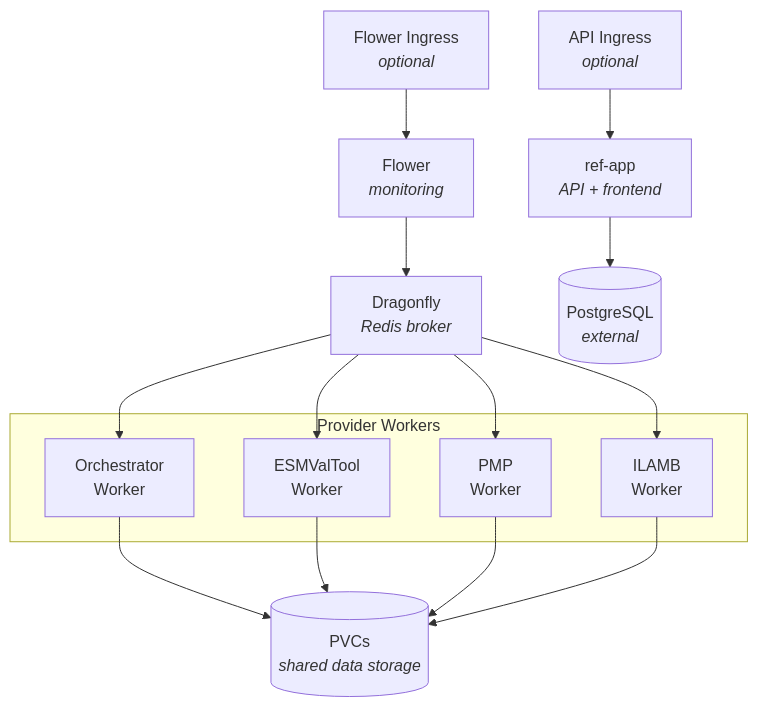
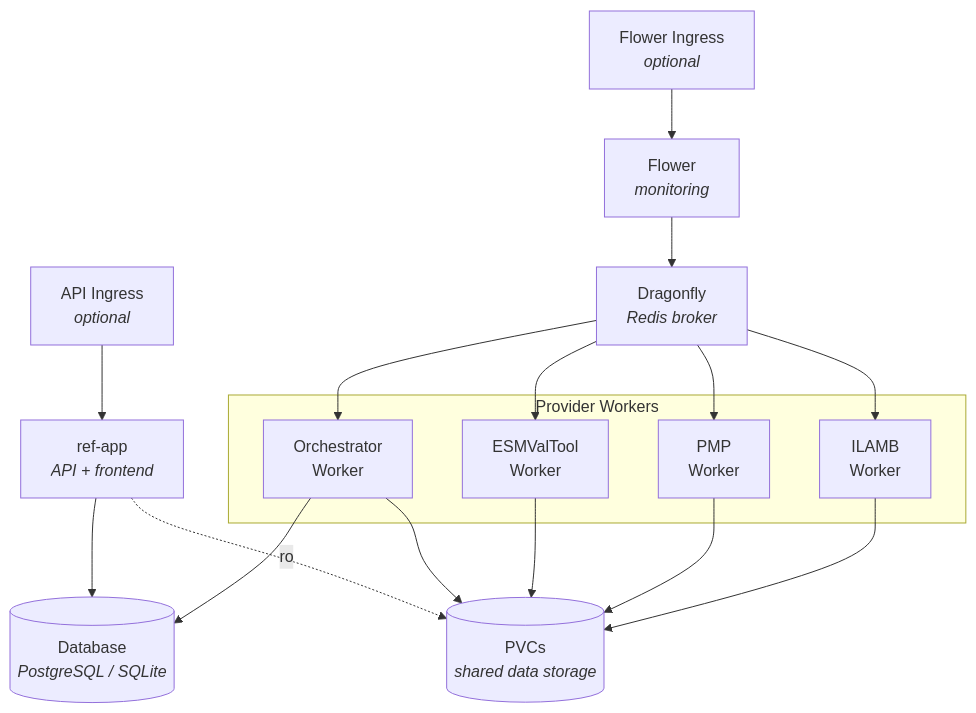
The diagram in helm/README.md (Climate-REF/climate-ref-aft), drawn with Mermaid before and after one commit. The commit also changed other lines of this file and 12 other files, not shown here.

````diff
--- a/helm/README.md
+++ b/helm/README.md
@@ -64,31 +64,33 @@
 ```mermaid
 flowchart TB
     apiIngress[API Ingress<br/><i>optional</i>]
     flowerIngress[Flower Ingress<br/><i>optional</i>]
     api[ref-app<br/><i>API + frontend</i>]
     flower[Flower<br/><i>monitoring</i>]
     dragonfly[Dragonfly<br/><i>Redis broker</i>]
-    db[(PostgreSQL<br/><i>external</i>)]
+    db[(Database<br/><i>PostgreSQL / SQLite</i>)]
 
     subgraph workers[Provider Workers]
         orchestrator[Orchestrator<br/>Worker]
         esmvaltool[ESMValTool<br/>Worker]
         pmp[PMP<br/>Worker]
         ilamb[ILAMB<br/>Worker]
     end
 
     pvcs[(PVCs<br/><i>shared data storage</i>)]
 
     apiIngress --> api
     flowerIngress --> flower
     api --> db
+    orchestrator --> db
     flower --> dragonfly
     dragonfly --> orchestrator
     dragonfly --> esmvaltool
     dragonfly --> pmp
     dragonfly --> ilamb
+    api -. ro .-> pvcs
     orchestrator --> pvcs
     esmvaltool --> pvcs
     pmp --> pvcs
     ilamb --> pvcs
 ```
````
